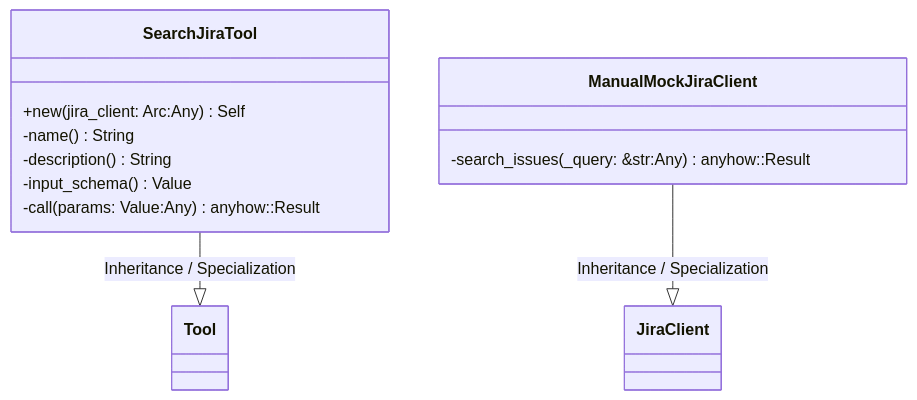
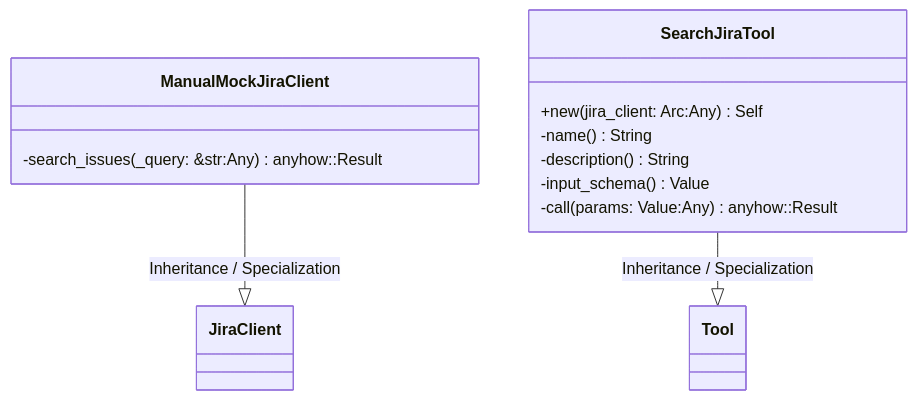
One commit to lgcorzo/rust_CACD_autonomous_factory changed the first of 2 diagrams in openwiki/crates_factory-mcp-server_src_tools_search_jira_rs.md. Above: the diagram before and after it, drawn with Mermaid. The commit also changed other lines of this file and 78 other files, not shown here.

````diff
--- a/openwiki/crates_factory-mcp-server_src_tools_search_jira_rs.md
+++ b/openwiki/crates_factory-mcp-server_src_tools_search_jira_rs.md
@@ -109,17 +109,17 @@
 ```mermaid
 classDiagram
     direction BT
+    class ManualMockJiraClient {
+        -search_issues(_query: &str:Any) anyhow::Result<String>
+    }
+    JiraClient <|-- ManualMockJiraClient : Inheritance / Specialization
     class SearchJiraTool {
         +new(jira_client: Arc<dyn JiraClient>:Any) Self
         -name() String
         -description() String
         -input_schema() Value
         -call(params: Value:Any) anyhow::Result<CallToolResult>
     }
     Tool <|-- SearchJiraTool : Inheritance / Specialization
-    class ManualMockJiraClient {
-        -search_issues(_query: &str:Any) anyhow::Result<String>
-    }
-    JiraClient <|-- ManualMockJiraClient : Inheritance / Specialization
 
 ```
````
